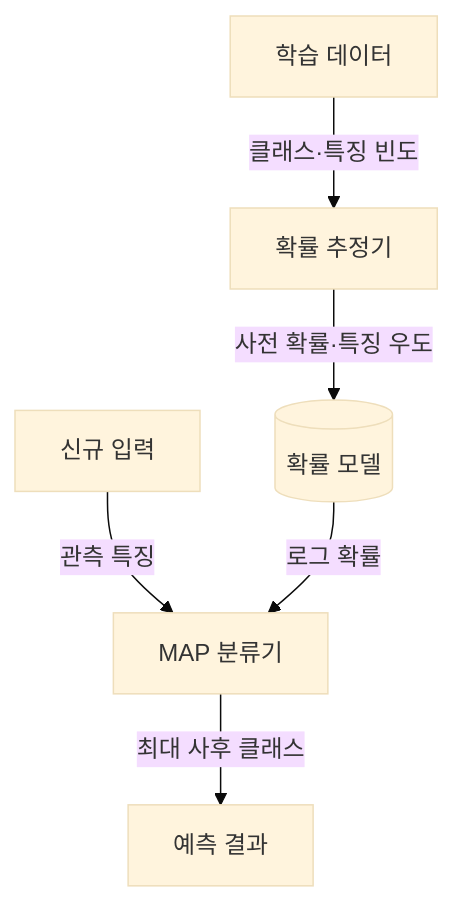
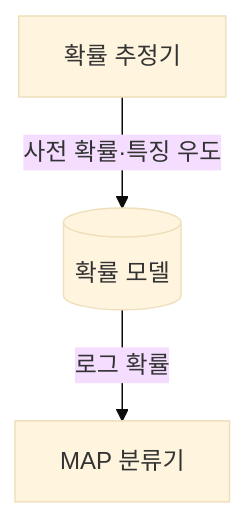
The first of 3 diagrams in src/content/docs/notes/01-basic-theory/051_naive_bayes.md (agnusdei1207/knowledge-base), drawn with Mermaid (base theme) before and after one commit. The commit also changed other lines of this file and 22 other files, not shown here.

````diff
--- a/src/content/docs/notes/01-basic-theory/051_naive_bayes.md
+++ b/src/content/docs/notes/01-basic-theory/051_naive_bayes.md
@@ -58,8 +58,8 @@
 ```mermaid
 flowchart TB
-    D[학습 데이터] -->|클래스·특징 빈도| E[확률 추정기]
-    E -->|사전 확률·특징 우도| M[(확률 모델)]
-    X[신규 입력] -->|관측 특징| C[MAP 분류기]
+    E[확률 추정기]
+    M[(확률 모델)]
+    C[MAP 분류기]
+    E -->|사전 확률·특징 우도| M
     M -->|로그 확률| C
-    C -->|최대 사후 클래스| Y[예측 결과]
 ```
````
